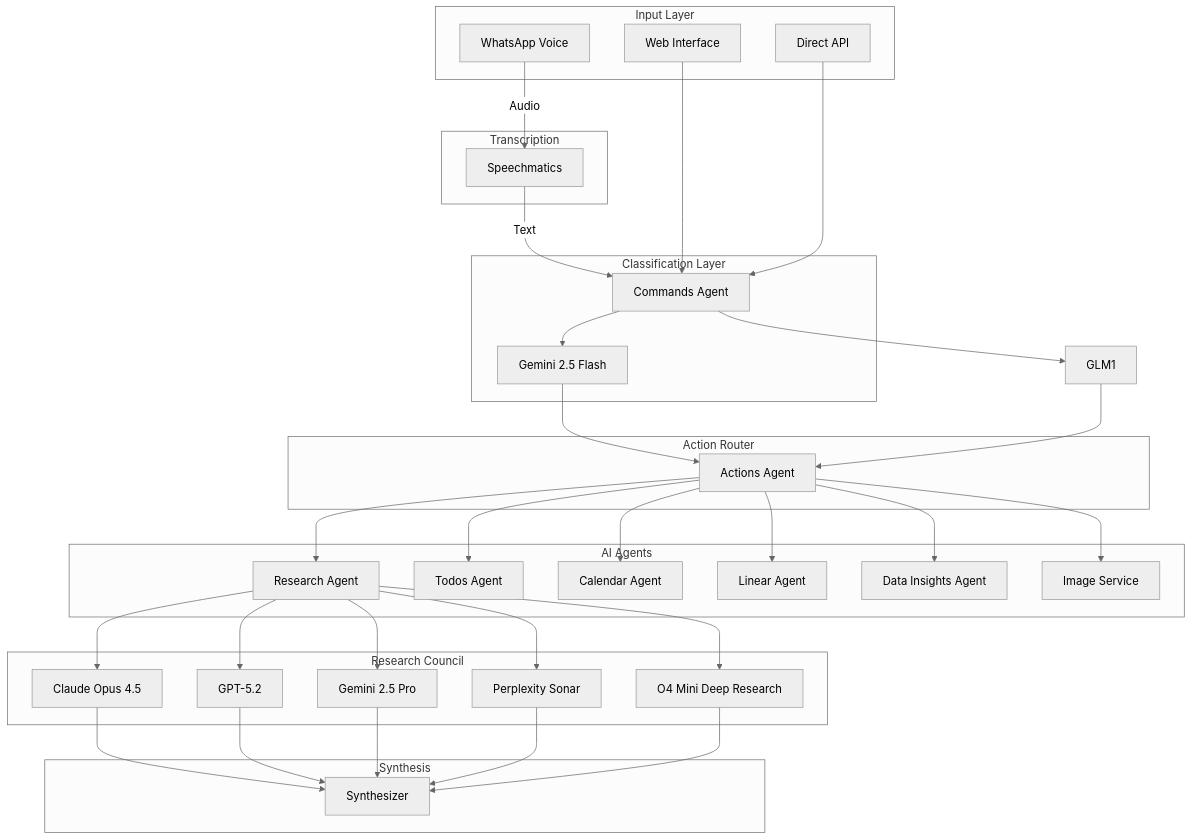
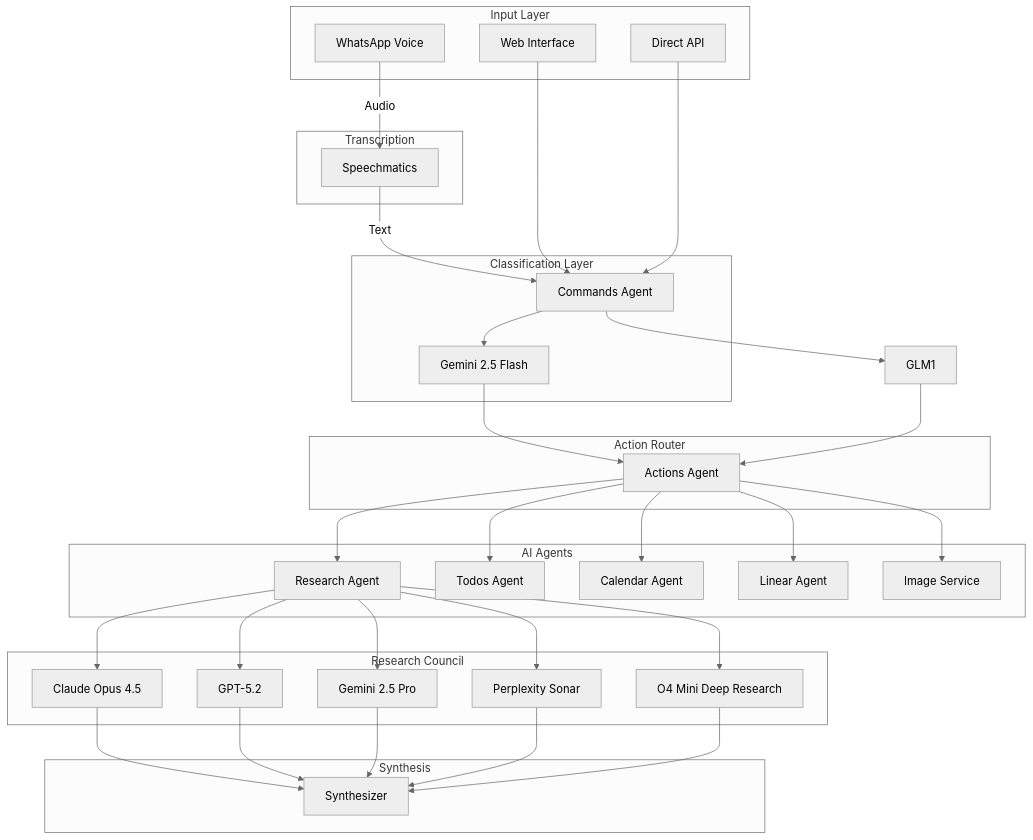
Before and after one commit to pbuchman/intexuraos: the third of 4 diagrams in docs/architecture/ai-architecture.md, drawn with Mermaid (neutral theme). The commit also changed other lines of this file and 51 other files, not shown here.

First line of the commit message:
docs: remove stale Data Insights references from docs, configs, and validation reports

````diff
--- a/docs/architecture/ai-architecture.md
+++ b/docs/architecture/ai-architecture.md
@@ -230,71 +230,69 @@
 ```mermaid
 graph TB
     subgraph "Input Layer"
         WA[WhatsApp Voice]
         WEB[Web Interface]
         API[Direct API]
     end
 
     subgraph "Transcription"
         SM[Speechmatics]
     end
 
     subgraph "Classification Layer"
         CMD[Commands Agent]
         GEM1[Gemini 2.5 Flash]
     end
 
     subgraph "Action Router"
         AA[Actions Agent]
     end
 
     subgraph "AI Agents"
         RA[Research Agent]
         TA[Todos Agent]
         CA[Calendar Agent]
         LA[Linear Agent]
-        DIA[Data Insights Agent]
         IS[Image Service]
     end
 
     subgraph "Research Council"
         CLAUDE[Claude Opus 4.5]
         GPT[GPT-5.2]
         GEM2[Gemini 2.5 Pro]
         SONAR[Perplexity Sonar]
         O4[O4 Mini Deep Research]
     end
 
     subgraph "Synthesis"
         SYN[Synthesizer]
     end
 
     WA -->|Audio| SM
     SM -->|Text| CMD
     WEB --> CMD
     API --> CMD
 
     CMD --> GEM1
     CMD --> GLM1
     GEM1 --> AA
     GLM1 --> AA
 
     AA --> RA
     AA --> TA
     AA --> CA
     AA --> LA
-    AA --> DIA
     AA --> IS
 
     RA --> CLAUDE
     RA --> GPT
     RA --> GEM2
     RA --> SONAR
     RA --> O4
 
     CLAUDE --> SYN
     GPT --> SYN
     GEM2 --> SYN
     SONAR --> SYN
     O4 --> SYN
 ```
````
